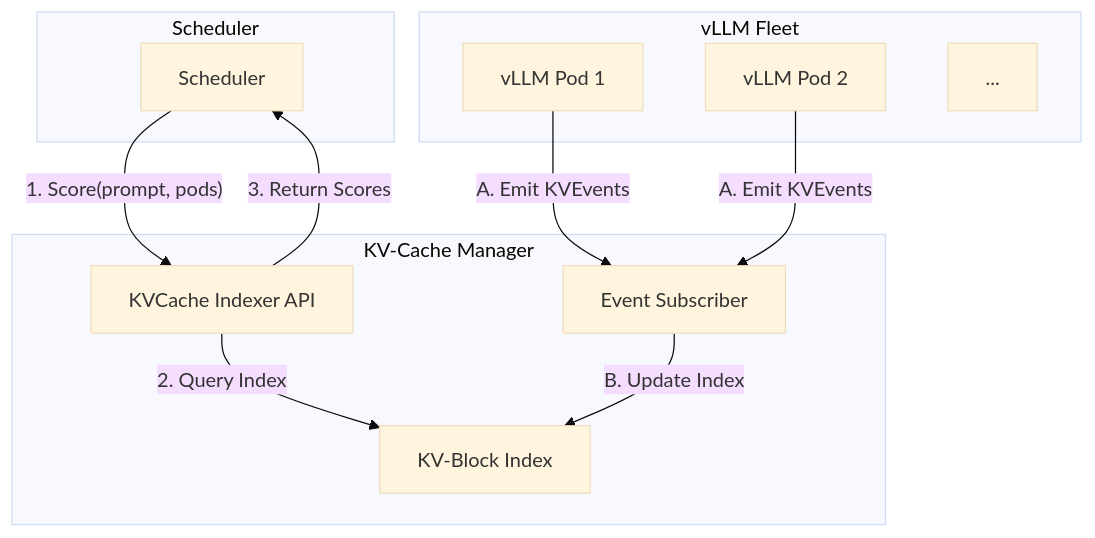
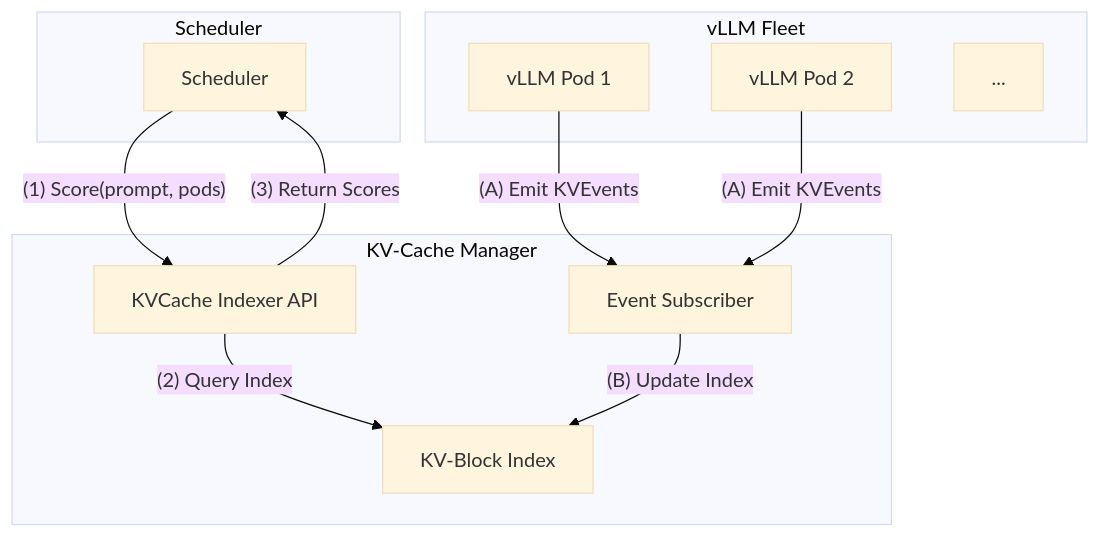
One commit to zetxqx/llm-d-kv-cache-manager changed the diagram in README.md. Above: the diagram before and after it, drawn with Mermaid (base theme). The commit also changed other lines of this file, not shown here.

Commit message:
fix README diagram (#75)

````diff
--- a/README.md
+++ b/README.md
@@ -32,26 +32,26 @@
 ```mermaid
 graph TD
     subgraph "Scheduler"
         A[Scheduler]
     end
 
     subgraph "KV-Cache Manager"
         B[KVCache Indexer API]
         C[KV-Block Index]
         D[Event Subscriber]
     end
 
     subgraph "vLLM Fleet"
         E[vLLM Pod 1]
         F[vLLM Pod 2]
         G[...]
     end
 
-    A -->|"1. Score(prompt, pods)"| B
-    B -->|2. Query Index| C
-    B -->|3. Return Scores| A
+    A -->|"(1) Score(prompt, pods)"| B
+    B -->|"(2) Query Index"| C
+    B -->|"(3) Return Scores"| A
     
-    E -->|A. Emit KVEvents| D
-    F -->|A. Emit KVEvents| D
-    D -->|B. Update Index| C
+    E -->|"(A) Emit KVEvents"| D
+    F -->|"(A) Emit KVEvents"| D
+    D -->|"(B) Update Index"| C
 ```
````
